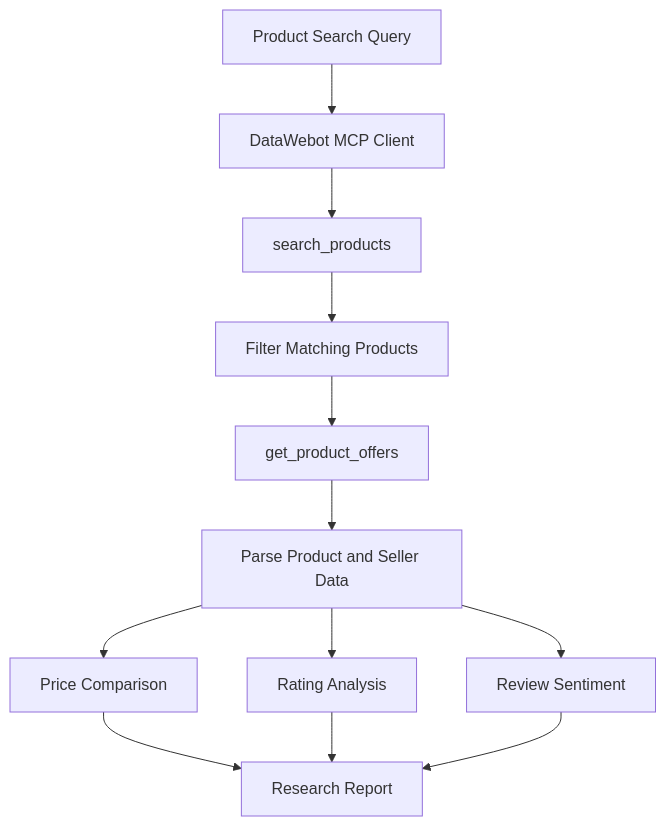
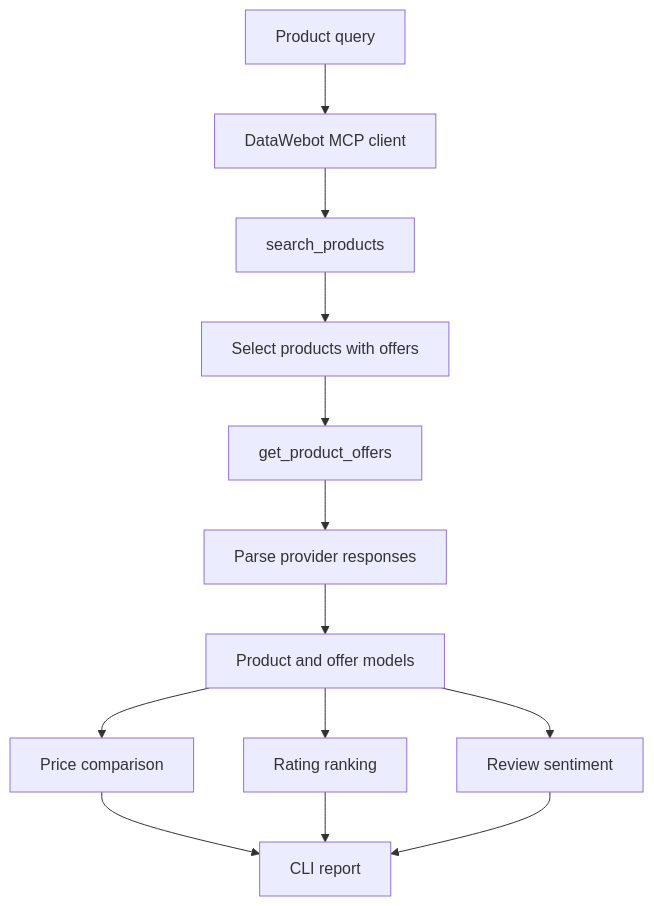
Before and after one commit to 0DevDutt0/Price: the diagram in README.md, drawn with Mermaid. The commit also changed other lines of this file, not shown here.

````diff
--- a/README.md
+++ b/README.md
@@ -35,14 +30,15 @@
 ```mermaid
 flowchart TD
-    A["Product Search Query"] --> B["DataWebot MCP Client"]
-    B --> C["search_products"]
-    C --> D["Filter Matching Products"]
-    D --> E["get_product_offers"]
-    E --> F["Parse Product and Seller Data"]
-    F --> G["Price Comparison"]
-    F --> H["Rating Analysis"]
-    F --> I["Review Sentiment"]
-    G --> J["Research Report"]
-    H --> J
-    I --> J
+    A[Product query] --> B[DataWebot MCP client]
+    B --> C[search_products]
+    C --> D[Select products with offers]
+    D --> E[get_product_offers]
+    E --> F[Parse provider responses]
+    F --> G[Product and offer models]
+    G --> H[Price comparison]
+    G --> I[Rating ranking]
+    G --> J[Review sentiment]
+    H --> K[CLI report]
+    I --> K
+    J --> K
 ```
````
